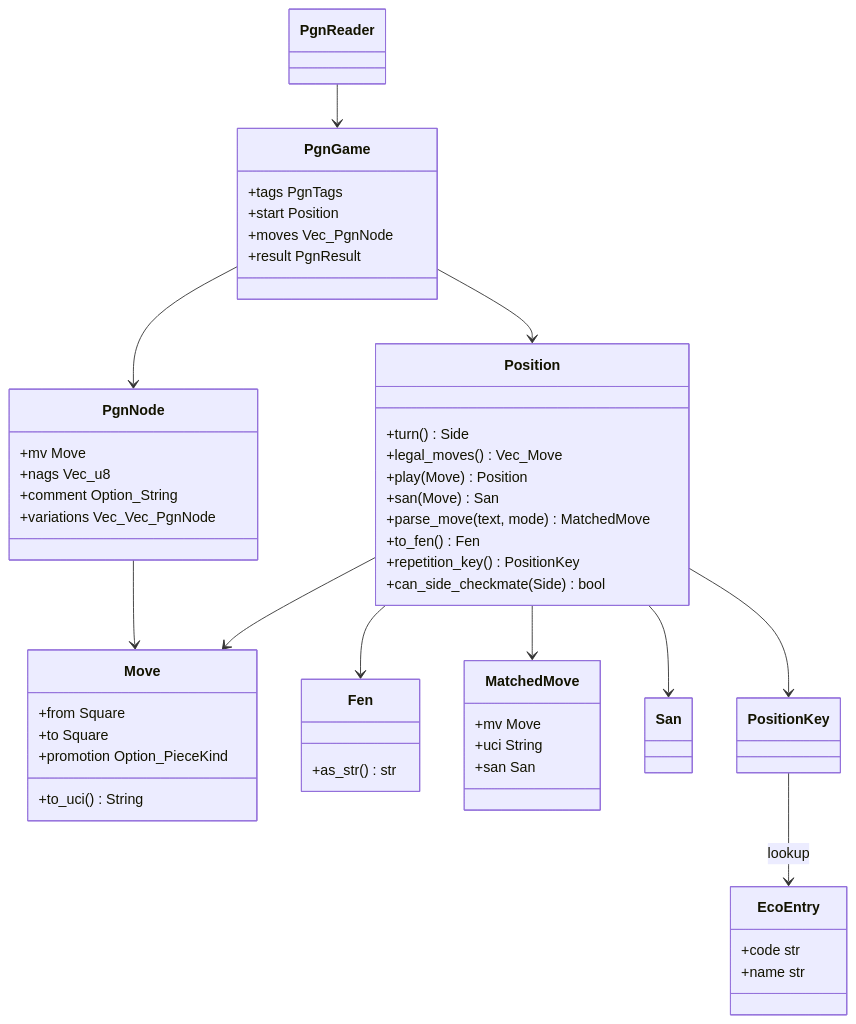
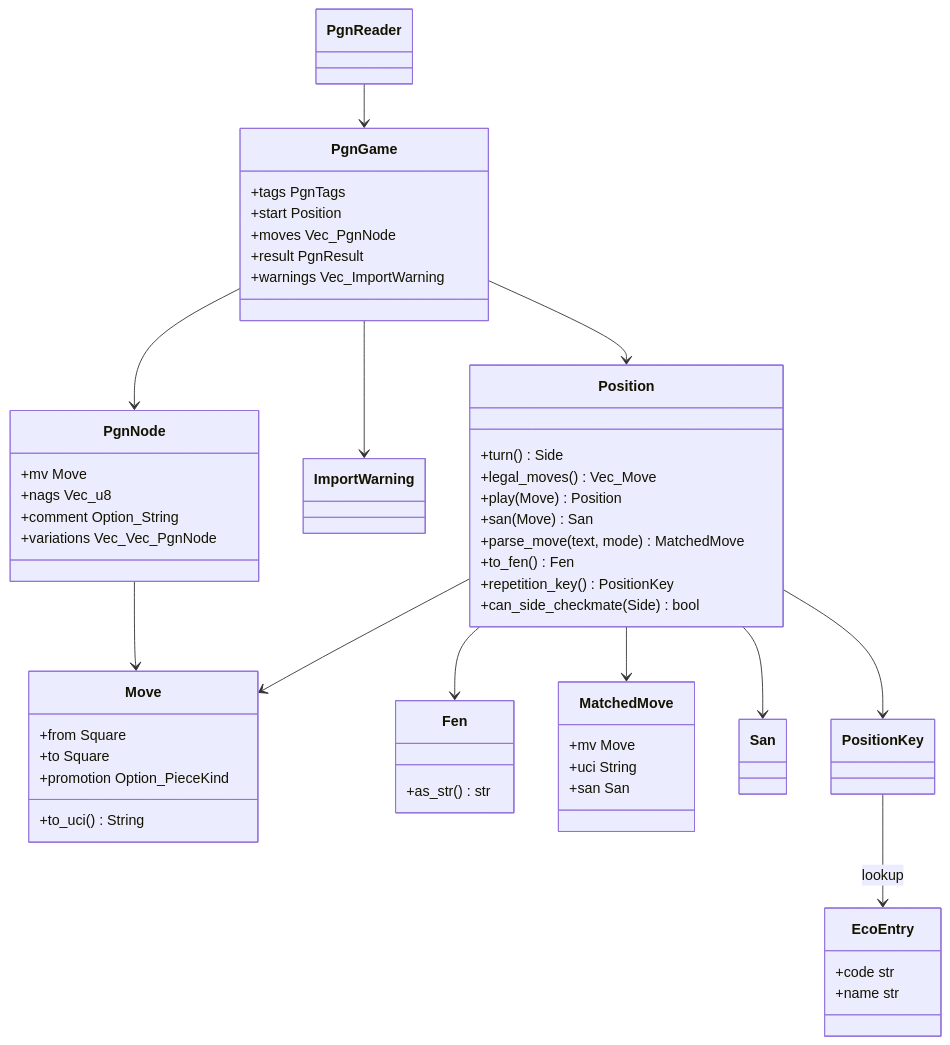
One commit to bprascher/chess changed the third of 7 diagrams in docs/design/SDD-chess-rules.md. Above: the diagram before and after it, drawn with Mermaid. The commit also changed other lines of this file and 42 other files, not shown here.

````diff
--- a/docs/design/SDD-chess-rules.md
+++ b/docs/design/SDD-chess-rules.md
@@ -196,56 +197,59 @@
 ```mermaid
 classDiagram
     class Position {
       +turn() Side
       +legal_moves() Vec_Move
       +play(Move) Position
       +san(Move) San
       +parse_move(text, mode) MatchedMove
       +to_fen() Fen
       +repetition_key() PositionKey
       +can_side_checkmate(Side) bool
     }
     class Move {
       +from Square
       +to Square
       +promotion Option_PieceKind
       +to_uci() String
     }
     class Fen {
       +as_str() str
     }
     class MatchedMove {
       +mv Move
       +uci String
       +san San
     }
     class San
     class PositionKey
     class PgnGame {
       +tags PgnTags
       +start Position
       +moves Vec_PgnNode
       +result PgnResult
+      +warnings Vec_ImportWarning
     }
+    class ImportWarning
     class PgnNode {
       +mv Move
       +nags Vec_u8
       +comment Option_String
       +variations Vec_Vec_PgnNode
     }
     class PgnReader
     class EcoEntry {
       +code str
       +name str
     }
     Position --> Move
     Position --> MatchedMove
     Position --> Fen
     Position --> San
     Position --> PositionKey
     PgnGame --> Position
     PgnGame --> PgnNode
+    PgnGame --> ImportWarning
     PgnNode --> Move
     PgnReader --> PgnGame
     PositionKey --> EcoEntry : lookup
 ```
````
